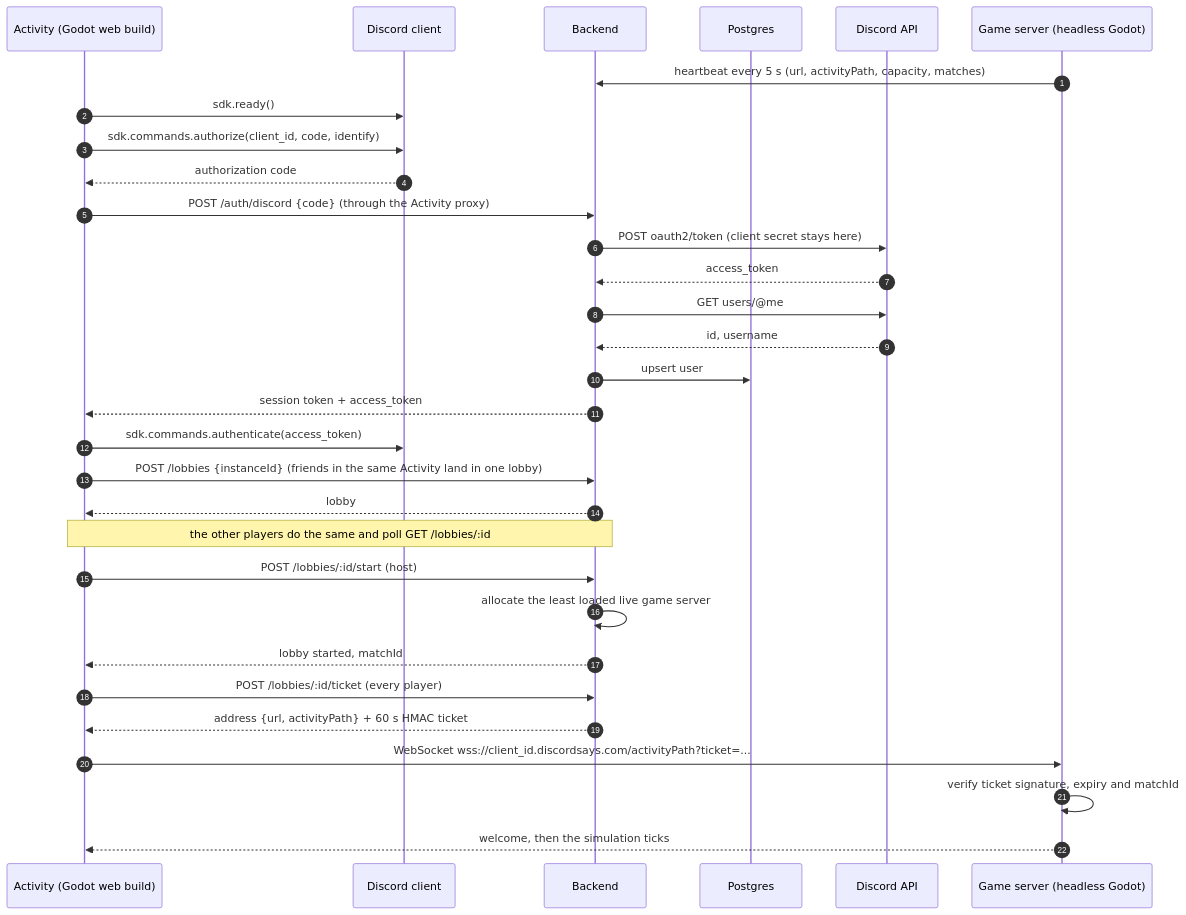
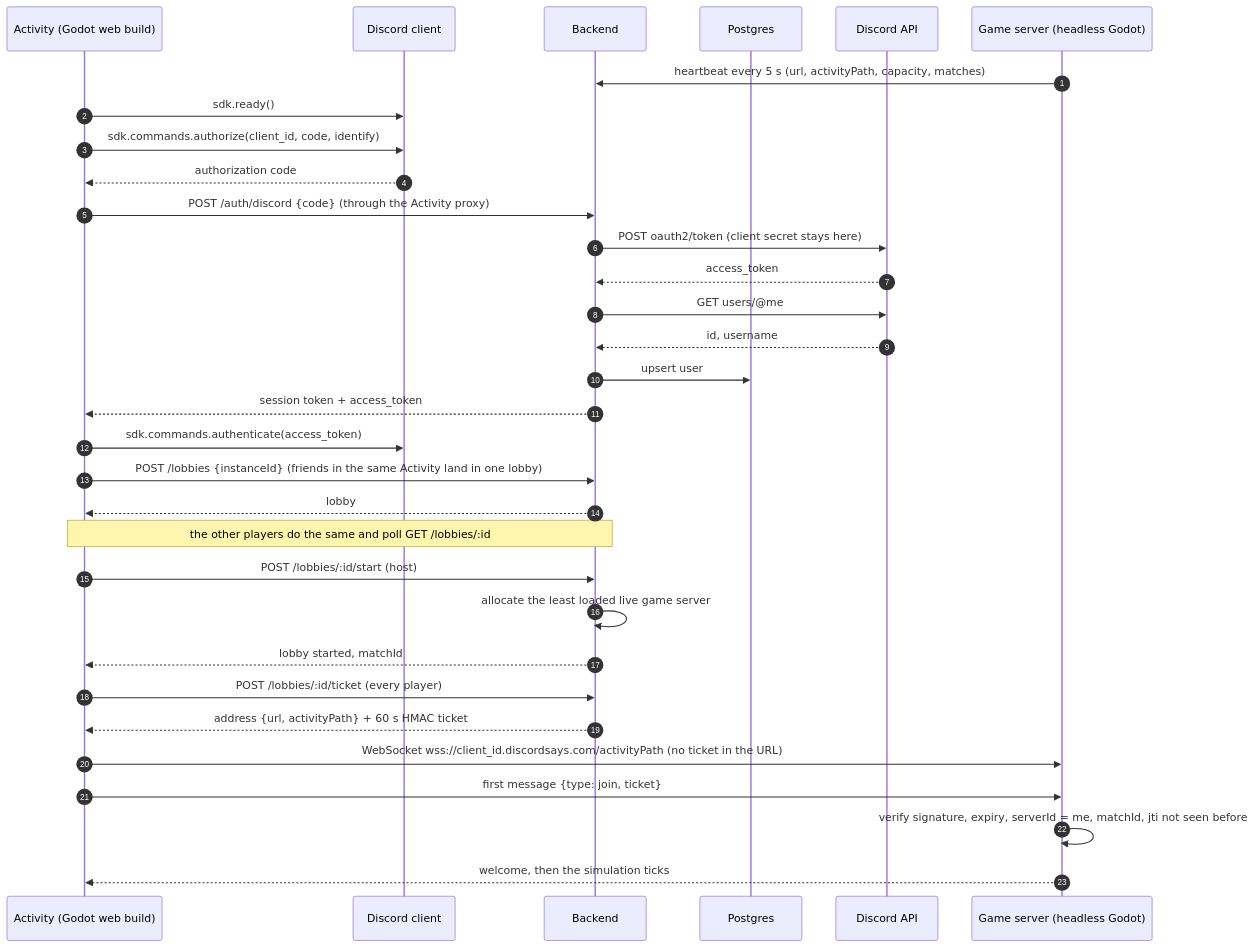
One commit to Ryubara/deadnight changed the diagram in docs/research/platform-backend.md. Above: the diagram before and after it, drawn with Mermaid. The commit also changed other lines of this file and 6 other files, not shown here.

````diff
--- a/docs/research/platform-backend.md
+++ b/docs/research/platform-backend.md
@@ -65,34 +67,35 @@
 ```mermaid
 sequenceDiagram
     autonumber
     participant A as Activity (Godot web build)
     participant D as Discord client
     participant B as Backend
     participant P as Postgres
     participant X as Discord API
     participant G as Game server (headless Godot)
 
     G->>B: heartbeat every 5 s (url, activityPath, capacity, matches)
     A->>D: sdk.ready()
     A->>D: sdk.commands.authorize(client_id, code, identify)
     D-->>A: authorization code
     A->>B: POST /auth/discord {code} (through the Activity proxy)
     B->>X: POST oauth2/token (client secret stays here)
     X-->>B: access_token
     B->>X: GET users/@me
     X-->>B: id, username
     B->>P: upsert user
     B-->>A: session token + access_token
     A->>D: sdk.commands.authenticate(access_token)
     A->>B: POST /lobbies {instanceId} (friends in the same Activity land in one lobby)
     B-->>A: lobby
     Note over A,B: the other players do the same and poll GET /lobbies/:id
     A->>B: POST /lobbies/:id/start (host)
     B->>B: allocate the least loaded live game server
     B-->>A: lobby started, matchId
     A->>B: POST /lobbies/:id/ticket (every player)
     B-->>A: address {url, activityPath} + 60 s HMAC ticket
-    A->>G: WebSocket wss://client_id.discordsays.com/activityPath?ticket=...
-    G->>G: verify ticket signature, expiry and matchId
+    A->>G: WebSocket wss://client_id.discordsays.com/activityPath (no ticket in the URL)
+    A->>G: first message {type: join, ticket}
+    G->>G: verify signature, expiry, serverId = me, matchId, jti not seen before
     G-->>A: welcome, then the simulation ticks
 ```
````
